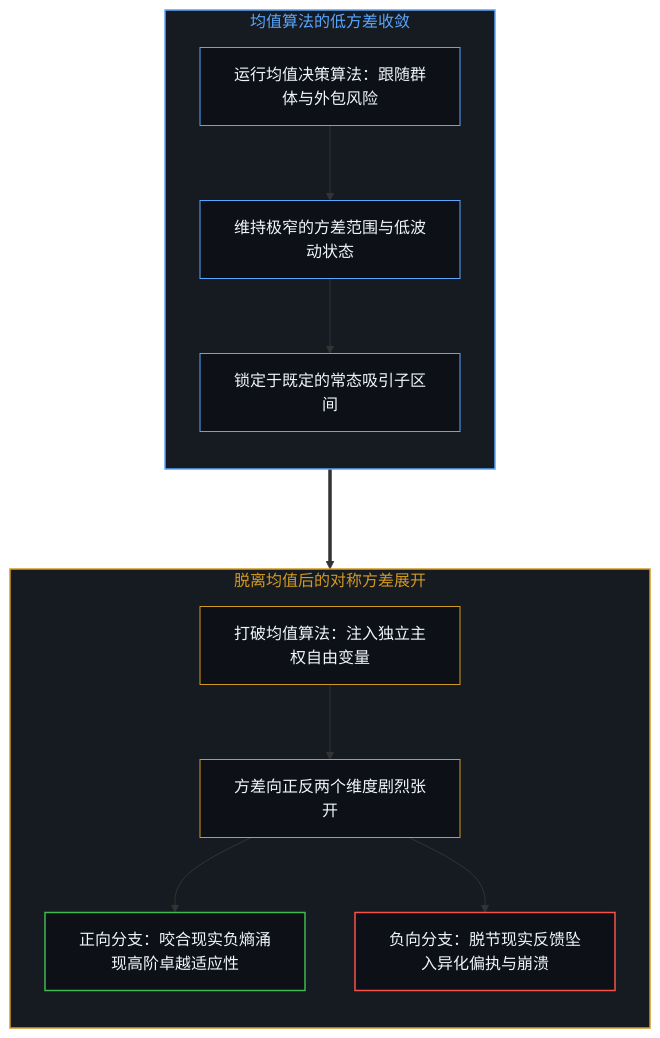
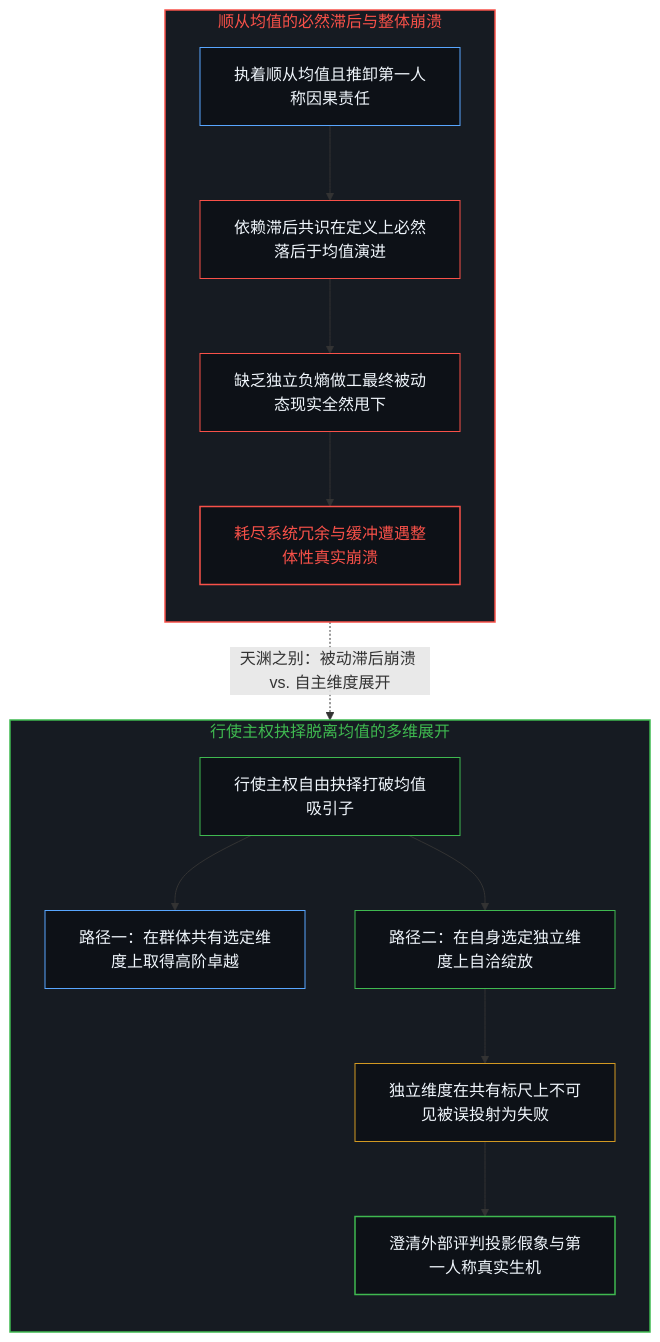
The seventh of 10 diagrams in content/posts/the-explanatory-trap-of-the-ordinary-perspective.md (powerpig99/not-a-toe), drawn with Mermaid before and after one commit. The commit also changed other lines of this file and 4 other files, not shown here.

Commit message:
Clarify breaking the mean: Sovereign divergence vs the collapse of mean-conformity

````diff
--- a/content/posts/the-explanatory-trap-of-the-ordinary-perspective.md
+++ b/content/posts/the-explanatory-trap-of-the-ordinary-perspective.md
@@ -237,27 +237,31 @@
 ```mermaid
 graph TD
-    subgraph S_MeanAnchor ["均值算法的低方差收敛"]
+    subgraph S_MeanConformity ["顺从均值的必然滞后与整体崩溃"]
         direction TB
-        A_Consensus["运行均值决策算法：跟随群体与外包风险"] --> A_LowVar["维持极窄的方差范围与低波动状态"]
-        A_LowVar --> A_Ordinary["锁定于既定的常态吸引子区间"]
+        C_Conform["执着顺从均值且推卸第一人称因果责任"] --> C_Lag["依赖滞后共识在定义上必然落后于均值演进"]
+        C_Lag --> C_Outrun["缺乏独立负熵做工最终被动态现实全然甩下"]
+        C_Outrun --> C_Collapse["耗尽系统冗余与缓冲遭遇整体性真实崩溃"]
     end
 
-    subgraph S_Bifurcation ["脱离均值后的对称方差展开"]
+    subgraph S_SovereignBreak ["行使主权抉择脱离均值的多维展开"]
         direction TB
-        V_Depart["打破均值算法：注入独立主权自由变量"] --> V_Spread["方差向正反两个维度剧烈张开"]
-        V_Spread --> V_Positive["正向分支：咬合现实负熵涌现高阶卓越适应性"]
-        V_Spread --> V_Negative["负向分支：脱节现实反馈坠入异化偏执与崩溃"]
+        S_Break["行使主权自由抉择打破均值吸引子"] --> S_Shared["路径一：在群体共有选定维度上取得高阶卓越"]
+        S_Break --> S_Orthogonal["路径二：在自身选定独立维度上自洽绽放"]
+        S_Orthogonal --> S_Projection["独立维度在共有标尺上不可见被误投射为失败"]
+        S_Projection --> S_Reality["澄清外部评判投影假象与第一人称真实生机"]
     end
 
-    A_Ordinary ===> V_Depart
+    C_Collapse -.->|"天渊之别：被动滞后崩溃 vs. 自主维度展开"| S_Projection
 
-    style S_MeanAnchor fill:#161b22,stroke:#58a6ff,stroke-width:1.5px,color:#58a6ff
-    style S_Bifurcation fill:#161b22,stroke:#d29922,stroke-width:1.5px,color:#d29922
-    style A_Consensus fill:#0d1117,stroke:#58a6ff,stroke-width:1px,color:#f0f6fc
-    style A_LowVar fill:#0d1117,stroke:#58a6ff,stroke-width:1px,color:#f0f6fc
-    style A_Ordinary fill:#0d1117,stroke:#58a6ff,stroke-width:1px,color:#f0f6fc
-    style V_Depart fill:#0d1117,stroke:#d29922,stroke-width:1px,color:#f0f6fc
-    style V_Spread fill:#0d1117,stroke:#d29922,stroke-width:1px,color:#f0f6fc
-    style V_Positive fill:#0d1117,stroke:#3fb950,stroke-width:1.5px,color:#f0f6fc
-    style V_Negative fill:#0d1117,stroke:#f85149,stroke-width:1.5px,color:#f0f6fc
+    style S_MeanConformity fill:#161b22,stroke:#f85149,stroke-width:1.5px,color:#f85149
+    style S_SovereignBreak fill:#161b22,stroke:#3fb950,stroke-width:1.5px,color:#3fb950
+    style C_Conform fill:#0d1117,stroke:#58a6ff,stroke-width:1px,color:#f0f6fc
+    style C_Lag fill:#0d1117,stroke:#f85149,stroke-width:1px,color:#f0f6fc
+    style C_Outrun fill:#0d1117,stroke:#f85149,stroke-width:1px,color:#f0f6fc
+    style C_Collapse fill:#0d1117,stroke:#f85149,stroke-width:1.5px,color:#f85149
+    style S_Break fill:#0d1117,stroke:#3fb950,stroke-width:1px,color:#f0f6fc
+    style S_Shared fill:#0d1117,stroke:#58a6ff,stroke-width:1px,color:#f0f6fc
+    style S_Orthogonal fill:#0d1117,stroke:#3fb950,stroke-width:1px,color:#f0f6fc
+    style S_Projection fill:#0d1117,stroke:#d29922,stroke-width:1px,color:#f0f6fc
+    style S_Reality fill:#0d1117,stroke:#3fb950,stroke-width:1.5px,color:#f0f6fc
 ```
````
